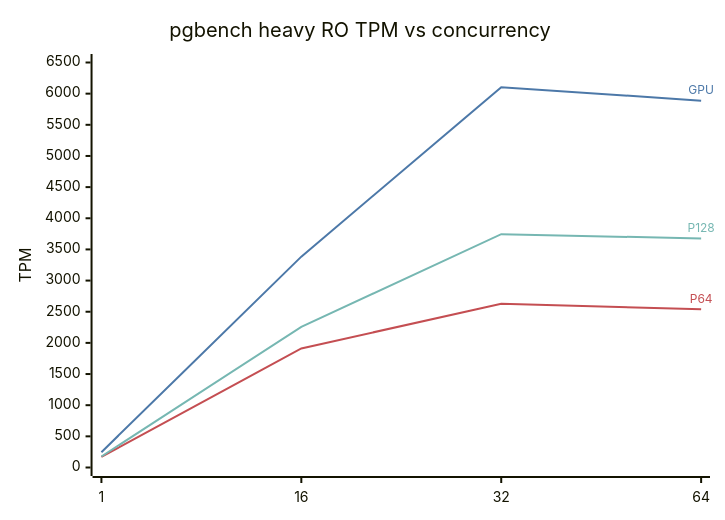
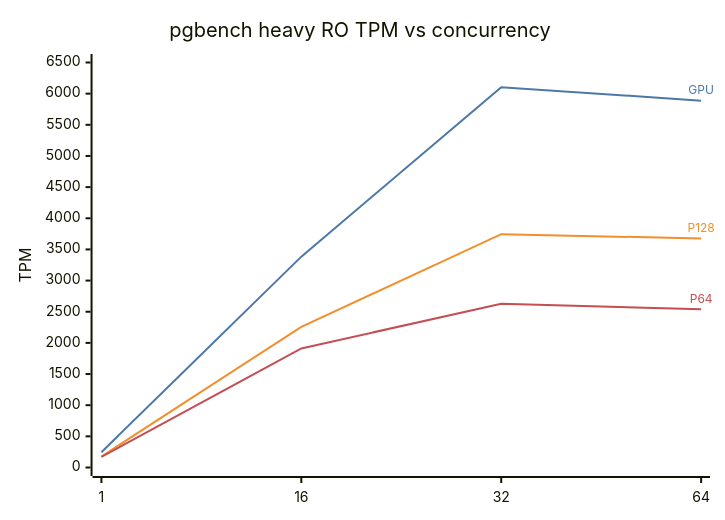
The second of 5 diagrams in UPCLOUD_GPU_VS_PREMIUM_PGBENCH.md (SpareCores/sc-db-benchmark-tmp), drawn with Mermaid before and after one commit. The commit also changed other lines of this file, not shown here.

````diff
--- a/UPCLOUD_GPU_VS_PREMIUM_PGBENCH.md
+++ b/UPCLOUD_GPU_VS_PREMIUM_PGBENCH.md
@@ -67,15 +75,15 @@
 ```mermaid
 ---
 config:
   themeVariables:
     xyChart:
-      plotColorPalette: "#4c78a8, #c44e52, #76b7b2"
+      plotColorPalette: "#4c78a8, #f28e2b, #c44e52"
 ---
 xychart-beta
     title "pgbench heavy RO TPM vs concurrency"
     x-axis [1, 16, 32, 64]
     y-axis "TPM" 0 --> 6500
-    line "GPU-384-L40S" [246, 3384, 6103, 5888 "GPU"]
+    line "GPU-32-384" [246, 3384, 6103, 5888 "GPU"]
+    line "PREMIUM-128" [177, 2258, 3745, 3676 "P128"]
     line "PREMIUM-64" [170, 1911, 2629, 2539 "P64"]
-    line "PREMIUM-128" [177, 2258, 3745, 3676 "P128"]
 ```
````
